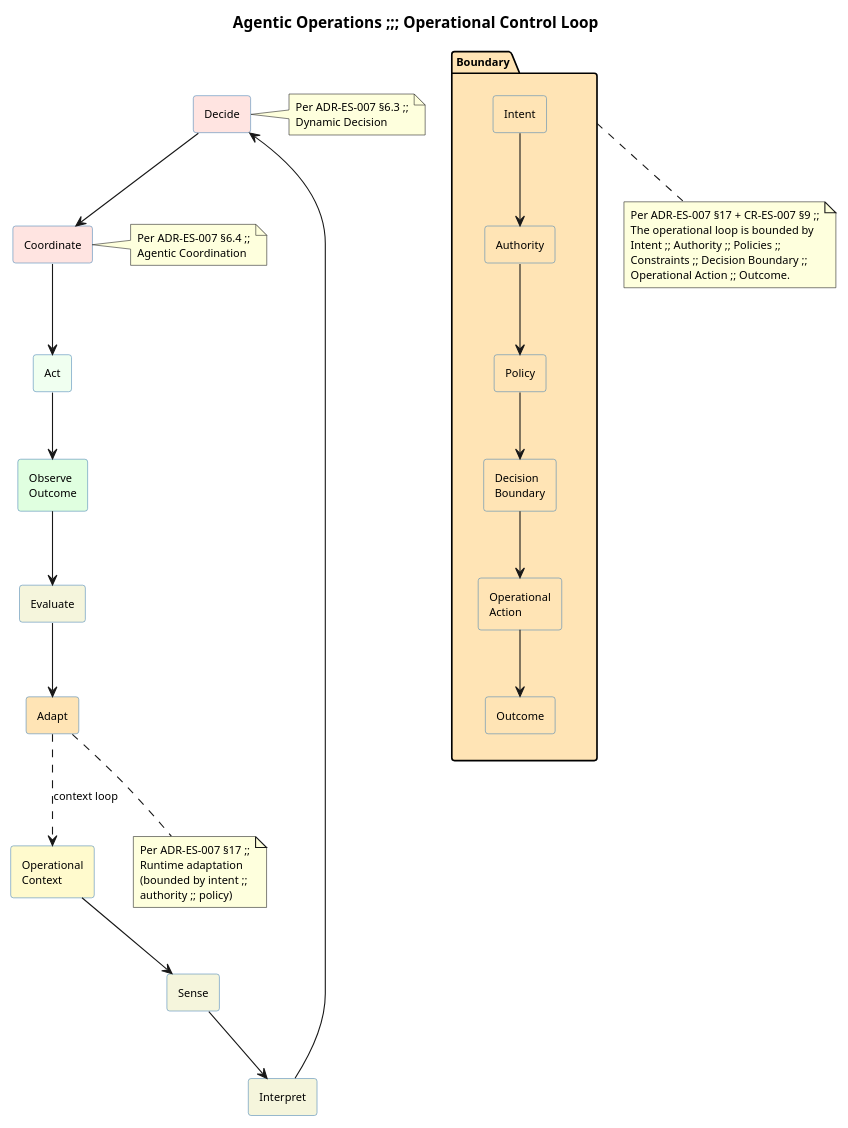
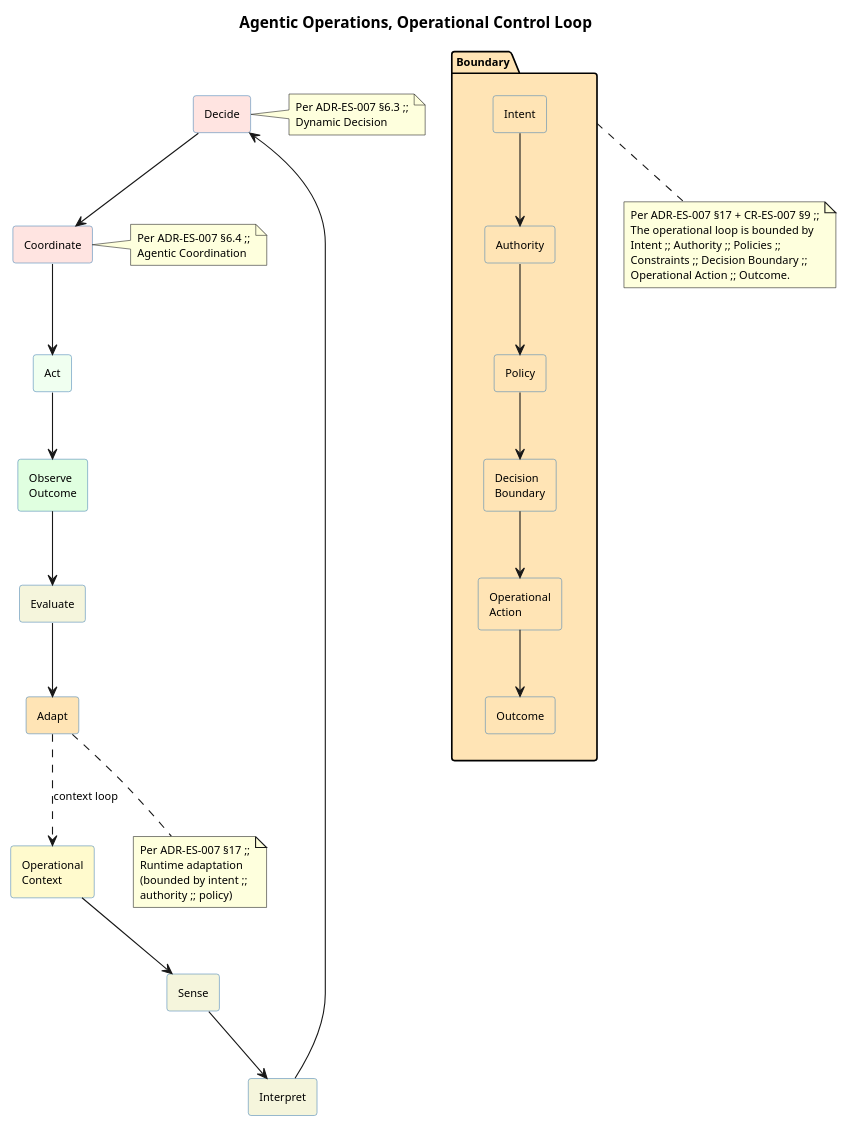
Before and after one commit to Enterprise-Semantics/enterprise-semantics-visuals: the diagram in docs/diagrams/agentic-operations/agentic-operational-loop.puml, drawn with PlantUML. The commit also changed other lines of this file and 31 other files, not shown here.

```diff
--- a/docs/diagrams/agentic-operations/agentic-operational-loop.puml
+++ b/docs/diagrams/agentic-operations/agentic-operational-loop.puml
@@ -9,76 +9,76 @@
 @startuml agentic-operational-loop
 
 skinparam backgroundColor #FFFFFF
 skinparam defaultFontName Arial
 skinparam defaultFontSize 10
 
 skinparam rectangle {
     BackgroundColor #F0F8FF
     BorderColor #4682B4
 }
 
-title Agentic Operations ;;; Operational Control Loop
+title Agentic Operations, Operational Control Loop
 
 rectangle "Operational\nContext" as oc1 #FFFACD
 rectangle "Sense" as s1 #F5F5DC
 rectangle "Interpret" as i1 #F5F5DC
 rectangle "Decide" as d1 #FFE4E1
 rectangle "Coordinate" as c1 #FFE4E1
 rectangle "Act" as a1 #F0FFF0
 rectangle "Observe\nOutcome" as oo1 #E0FFE0
 rectangle "Evaluate" as e1 #F5F5DC
 rectangle "Adapt" as ad1 #FFE4B5
 
 oc1 --> s1
 s1 --> i1
 i1 --> d1
 d1 --> c1
 c1 --> a1
 a1 --> oo1
 oo1 --> e1
 e1 --> ad1
 ad1 -[dashed]-> oc1 : context loop
 
 note right of d1
   Per ADR-ES-007 §6.3 ;;
   Dynamic Decision
 end note
 
 note right of c1
   Per ADR-ES-007 §6.4 ;;
   Agentic Coordination
 end note
 
 note bottom of ad1
   Per ADR-ES-007 §17 ;;
   Runtime adaptation
   (bounded by intent ;;
   authority ;; policy)
 end note
 
 ' Boundary block
 
 package "Boundary" #FFE4B5 {
     rectangle "Intent" as it1 #FFE4B5
     rectangle "Authority" as au1 #FFE4B5
     rectangle "Policy" as po1 #FFE4B5
     rectangle "Decision\nBoundary" as db1 #FFE4B5
     rectangle "Operational\nAction" as oa1 #FFE4B5
     rectangle "Outcome" as ou1 #FFE4B5
 
     it1 --> au1
     au1 --> po1
     po1 --> db1
     db1 --> oa1
     oa1 --> ou1
 }
 
 note bottom of "Boundary"
   Per ADR-ES-007 §17 + CR-ES-007 §9 ;;
   The operational loop is bounded by
   Intent ;; Authority ;; Policies ;;
   Constraints ;; Decision Boundary ;;
   Operational Action ;; Outcome.
 end note
 
 @enduml
```
